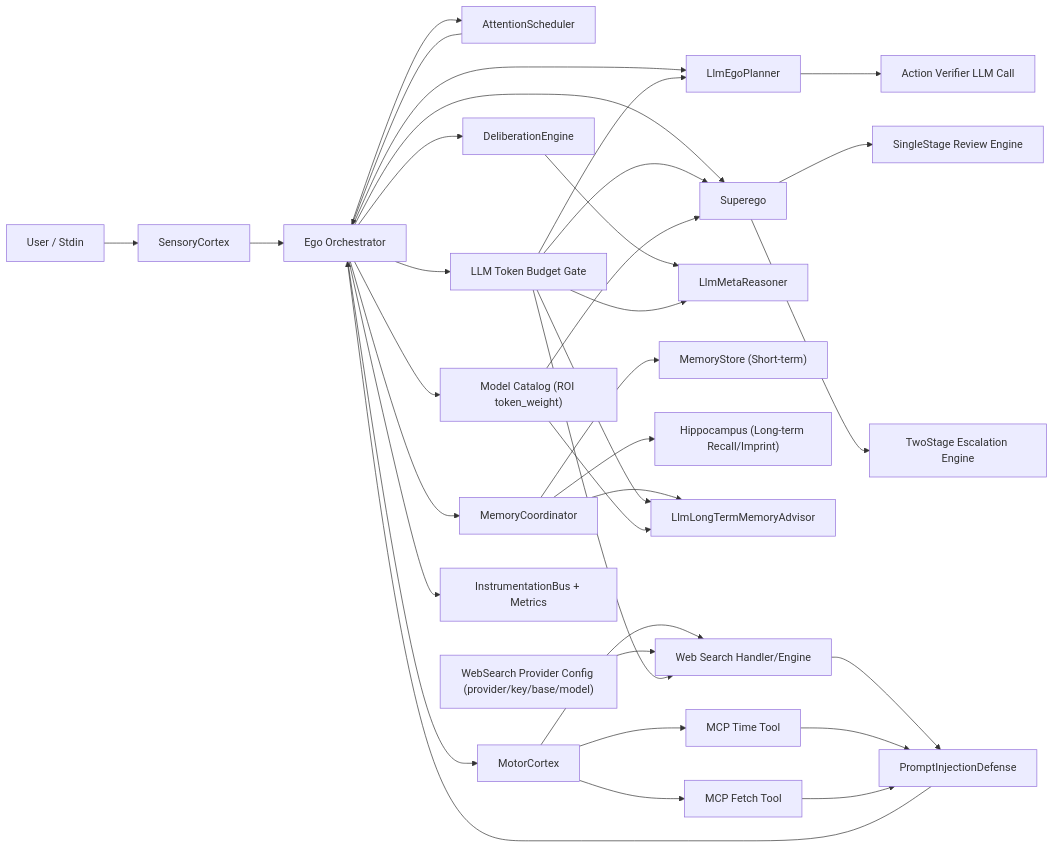
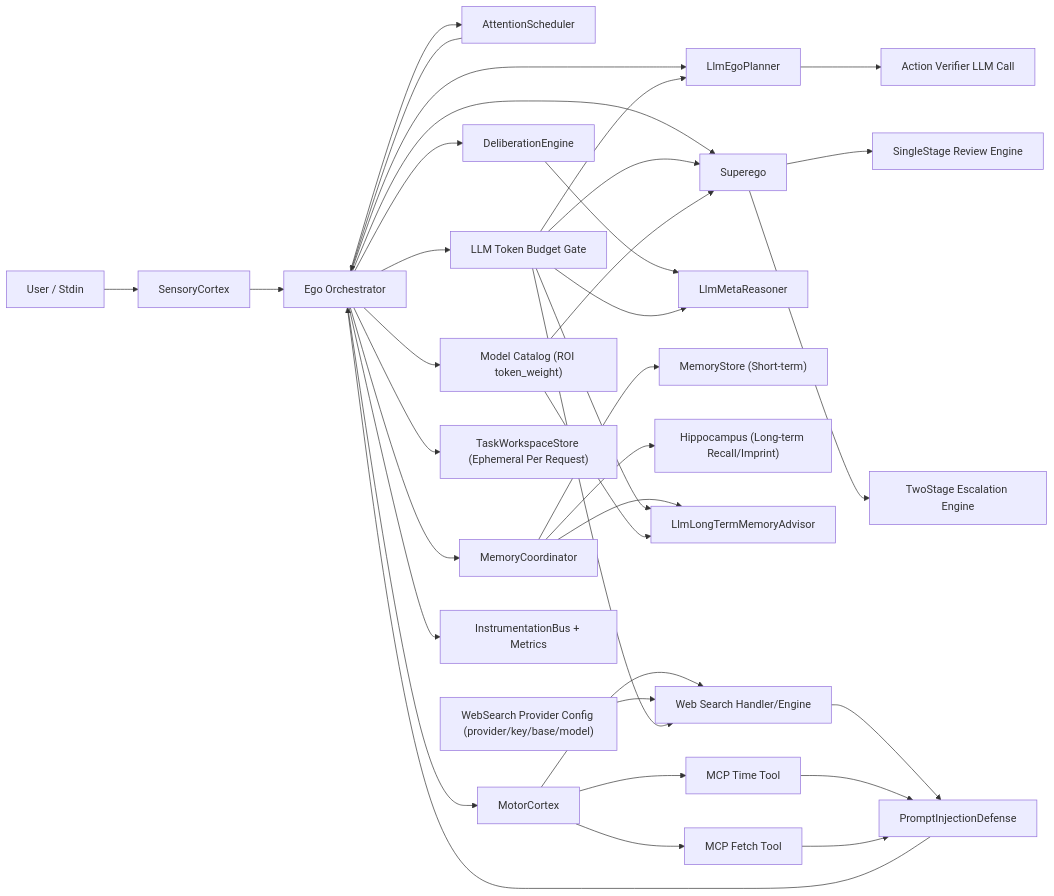
One commit to neopsyke/NeoPsyke changed the first of 6 diagrams in AGENT_LOGIC_DIAGRAM.md. Above: the diagram before and after it, drawn with Mermaid. The commit also changed other lines of this file and 21 other files, not shown here.

Commit message:
feat: add per-request task workspace memory with lifecycle and eval coverage

````diff
--- a/AGENT_LOGIC_DIAGRAM.md
+++ b/AGENT_LOGIC_DIAGRAM.md
@@ -8,44 +8,45 @@
 ```mermaid
 flowchart LR
     U["User / Stdin"] --> SC["SensoryCortex"]
     SC --> E["Ego Orchestrator"]
 
     E --> AS["AttentionScheduler"]
     AS --> E
 
     E --> P["LlmEgoPlanner"]
     P --> AV["Action Verifier LLM Call"]
     E --> S["Superego"]
     S --> S1["SingleStage Review Engine"]
     S --> S2["TwoStage Escalation Engine"]
     E --> M["MotorCortex"]
     E --> BG["LLM Token Budget Gate"]
     E --> MCat["Model Catalog (ROI token_weight)"]
 
     E --> DE["DeliberationEngine"]
     DE --> MR["LlmMetaReasoner"]
 
     E --> MC["MemoryCoordinator"]
     MC --> MS["MemoryStore (Short-term)"]
     MC --> H["Hippocampus (Long-term Recall/Imprint)"]
     MC --> LTM["LlmLongTermMemoryAdvisor"]
+    E --> TWS["TaskWorkspaceStore (Ephemeral Per Request)"]
 
     M --> WS["Web Search Handler/Engine"]
     CfgWS["WebSearch Provider Config (provider/key/base/model)"] --> WS
     M --> MT["MCP Time Tool"]
     M --> MF["MCP Fetch Tool"]
     WS --> PID["PromptInjectionDefense"]
     MT --> PID
     MF --> PID
     PID --> E
 
     BG --> P
     BG --> S
     BG --> MR
     BG --> LTM
     BG --> WS
     MCat --> S
     MCat --> LTM
 
     E --> I["InstrumentationBus + Metrics"]
 ```
````
